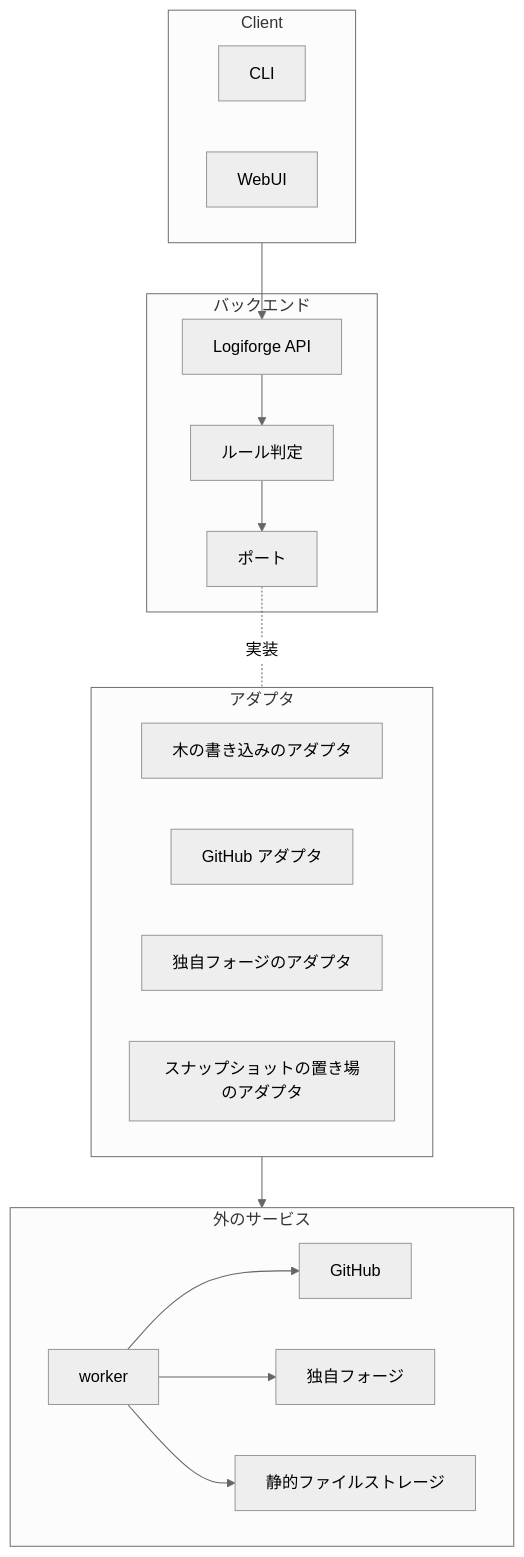
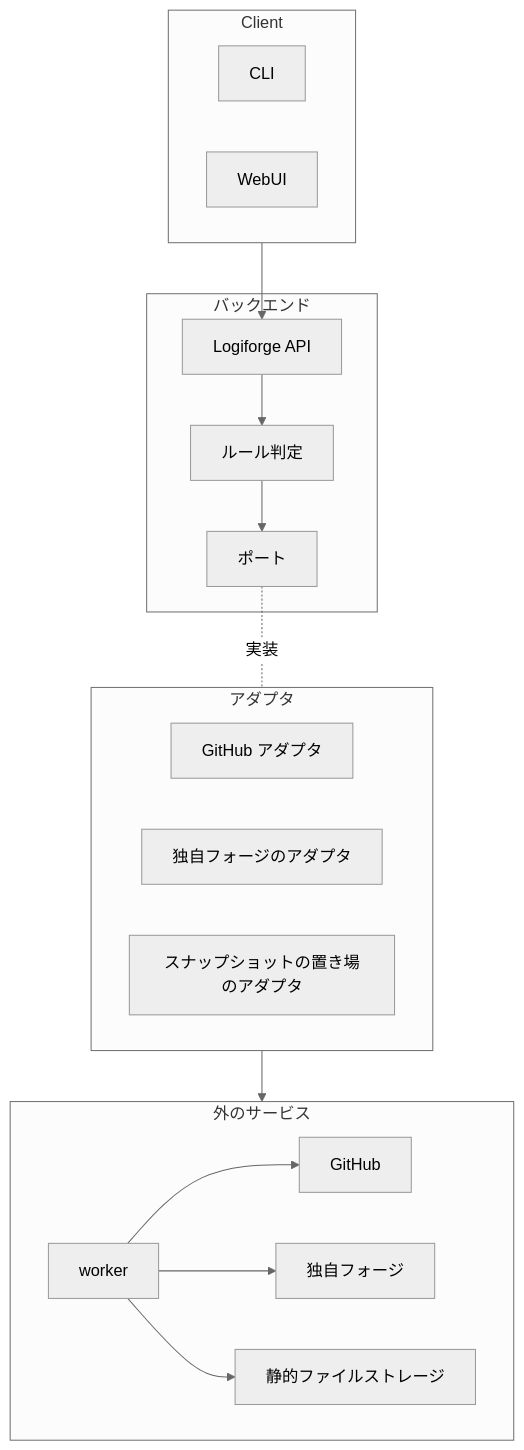
Before and after one commit to yamambainc/logiforge: the diagram in design/architecture.md, drawn with Mermaid (neutral theme). The commit also changed other lines of this file and 41 other files, not shown here.

````diff
--- a/design/architecture.md
+++ b/design/architecture.md
@@ -8,32 +8,31 @@
 ```mermaid
 flowchart TB
   subgraph CL["Client"]
     CLI["CLI"]
     WEB["WebUI"]
   end
   subgraph BE["バックエンド"]
     API["Logiforge API"]
     RULE["ルール判定"]
     PT["ポート"]
   end
   subgraph AD["アダプタ"]
-    GA["木の書き込みのアダプタ"]
     GHA["GitHub アダプタ"]
     NFA["独自フォージのアダプタ"]
     SSA["スナップショットの置き場のアダプタ"]
   end
   subgraph EX["外のサービス"]
     W["worker"]
     GH["GitHub"]
     NF["独自フォージ"]
     OBJ["静的ファイルストレージ"]
   end
   CL --> API
   API --> RULE
   RULE --> PT
   PT -.-|実装| AD
   AD --> EX
   W --> GH
   W --> NF
   W --> OBJ
 ```
````
